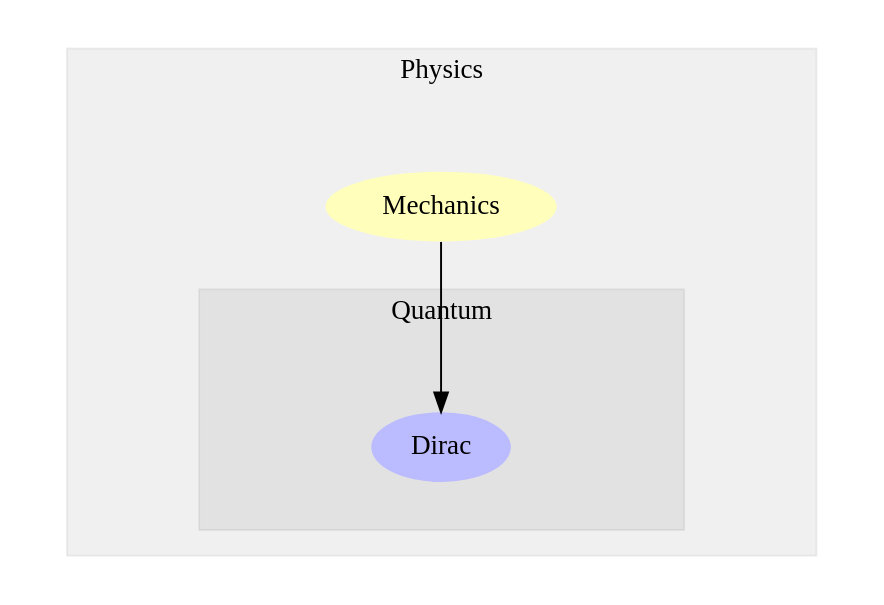
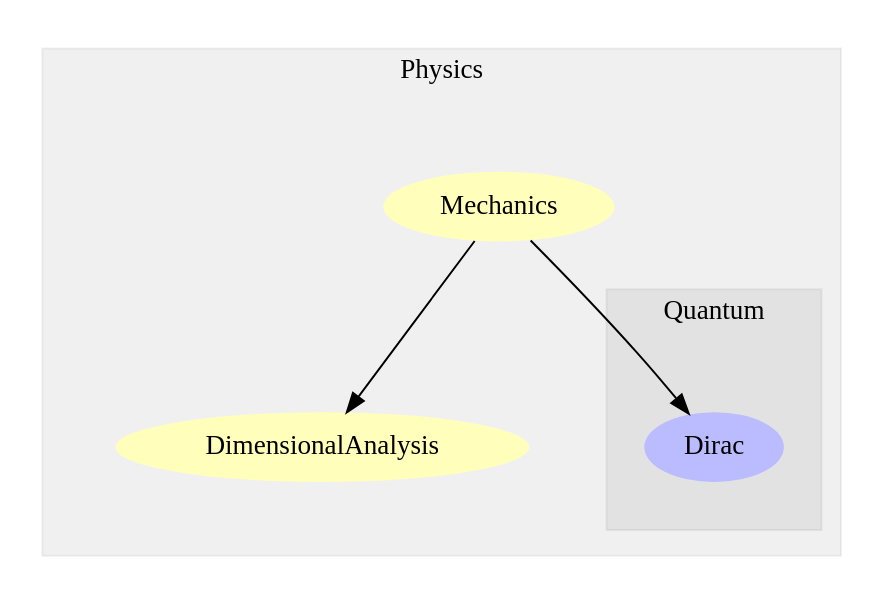
Before and after one commit to wi11dey/Physikell: the diagram in Modules.dot, drawn with Graphviz. The commit also changed 3 other files, not shown here.

```diff
--- a/Modules.dot
+++ b/Modules.dot
@@ -1,20 +1,22 @@
 digraph G {
 size="6,4";
 ratio="fill";
 subgraph cluster_0 {
 label="Physics";
 color="#0000000F";
 style="filled";
-u1[label="Mechanics",style="filled",fillcolor="#ffffbb",penwidth="0"];
+u0[label="DimensionalAnalysis",style="filled",fillcolor="#ffffbb",penwidth="0"];
+u2[label="Mechanics",style="filled",fillcolor="#ffffbb",penwidth="0"];
 subgraph cluster_1 {
 label="Quantum";
 color="#0000000F";
 style="filled";
-u0[label="Dirac",style="filled",fillcolor="#bbbbff",penwidth="0"];
+u1[label="Dirac",style="filled",fillcolor="#bbbbff",penwidth="0"];
 
 }
 
 }
-u1 -> u0;
+u2 -> u0;
+u2 -> u1;
 
 }
```
